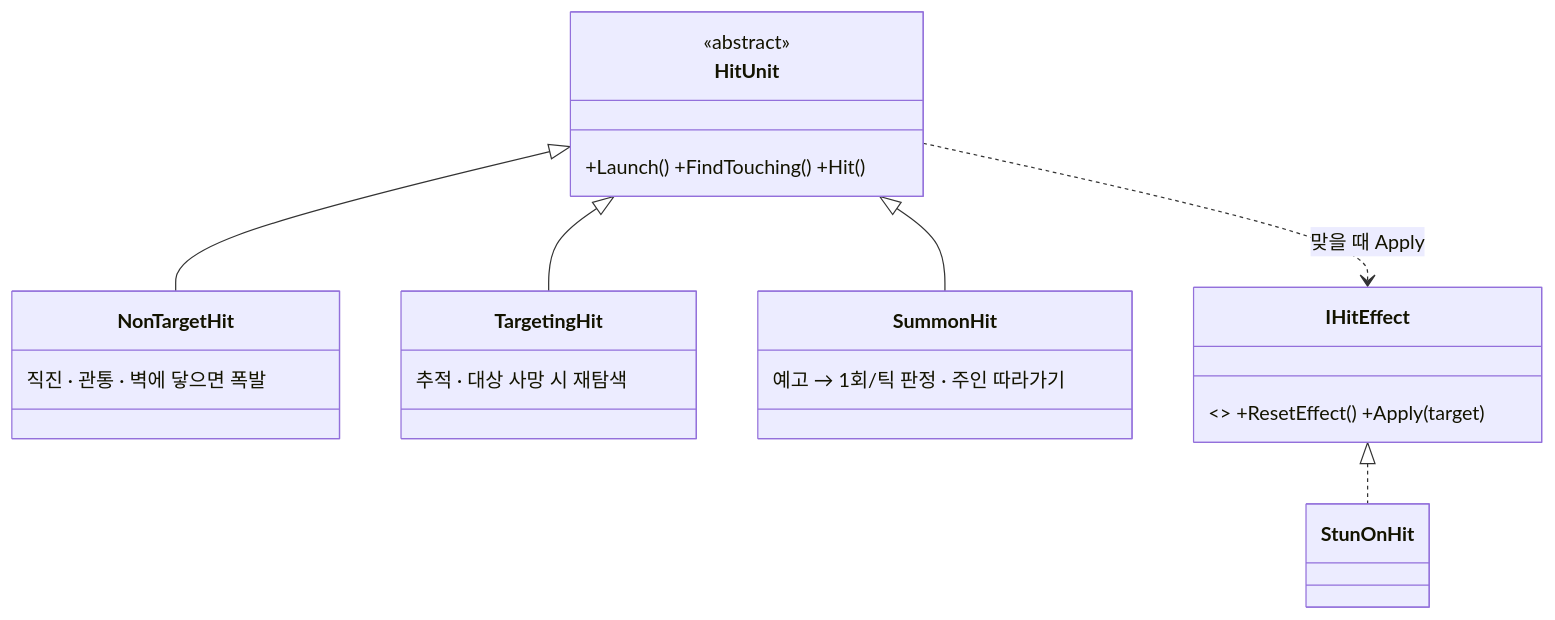
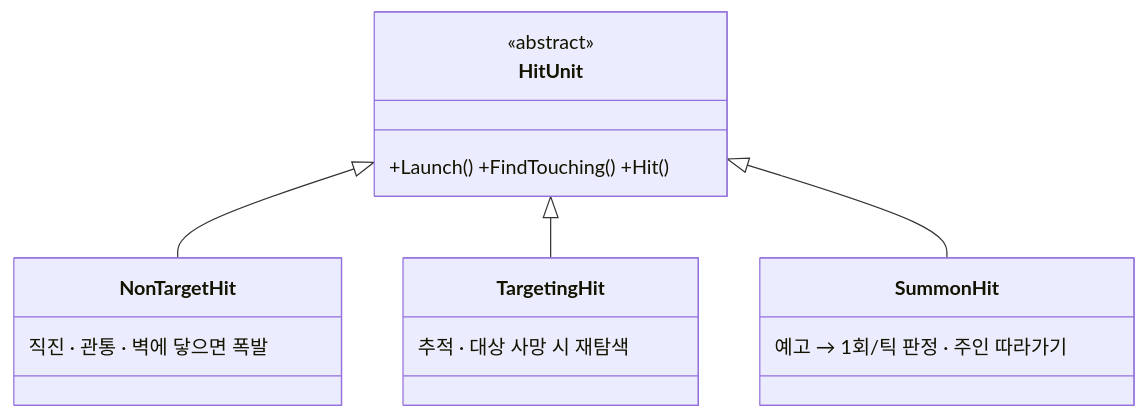
Before and after one commit to NaJungWon/portfolio: the seventh of 14 diagrams in src/06-project3d/기술문서.md, drawn with Mermaid. The commit also changed other lines of this file, not shown here.

````diff
--- a/src/06-project3d/기술문서.md
+++ b/src/06-project3d/기술문서.md
@@ -470,18 +394,13 @@
 ```mermaid
 classDiagram
     class HitUnit {
         <<abstract>>
         +Launch() +FindTouching() +Hit()
     }
     class NonTargetHit { 직진 · 관통 · 벽에 닿으면 폭발 }
     class TargetingHit { 추적 · 대상 사망 시 재탐색 }
     class SummonHit { 예고 → 1회/틱 판정 · 주인 따라가기 }
     HitUnit <|-- NonTargetHit
     HitUnit <|-- TargetingHit
     HitUnit <|-- SummonHit
-
-    class IHitEffect { <<interface>> +ResetEffect() +Apply(target) }
-    class StunOnHit
-    IHitEffect <|.. StunOnHit
-    HitUnit ..> IHitEffect : 맞을 때 Apply
 ```
````
